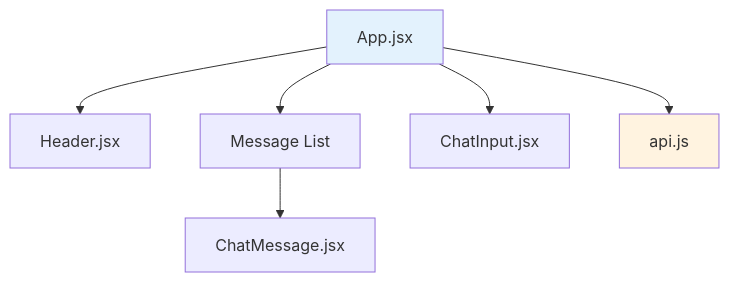
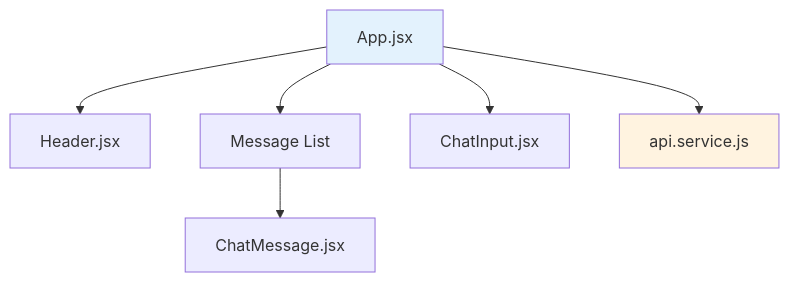
The eighth of 9 diagrams in README.md (NinobraV/knowra-onboarding-agent), drawn with Mermaid before and after one commit. The commit also changed other lines of this file and 22 other files, not shown here.

````diff
--- a/README.md
+++ b/README.md
@@ -622,11 +879,11 @@
 ```mermaid
 graph TD
     APP[App.jsx] --> HEADER[Header.jsx]
     APP --> MESSAGES[Message List]
     MESSAGES --> MSG[ChatMessage.jsx]
     APP --> INPUT[ChatInput.jsx]
-    APP --> API[api.js]
+    APP --> API[api.service.js]
     
     style APP fill:#e3f2fd
     style API fill:#fff3e0
 ```
````
